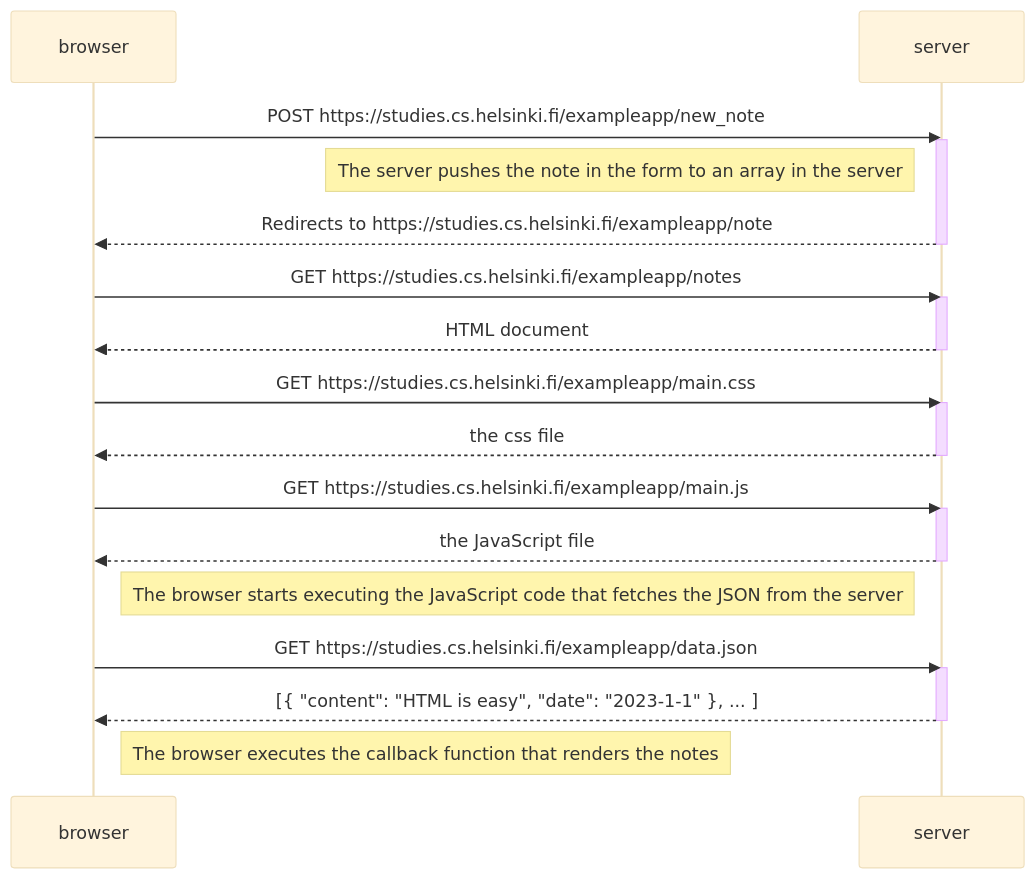
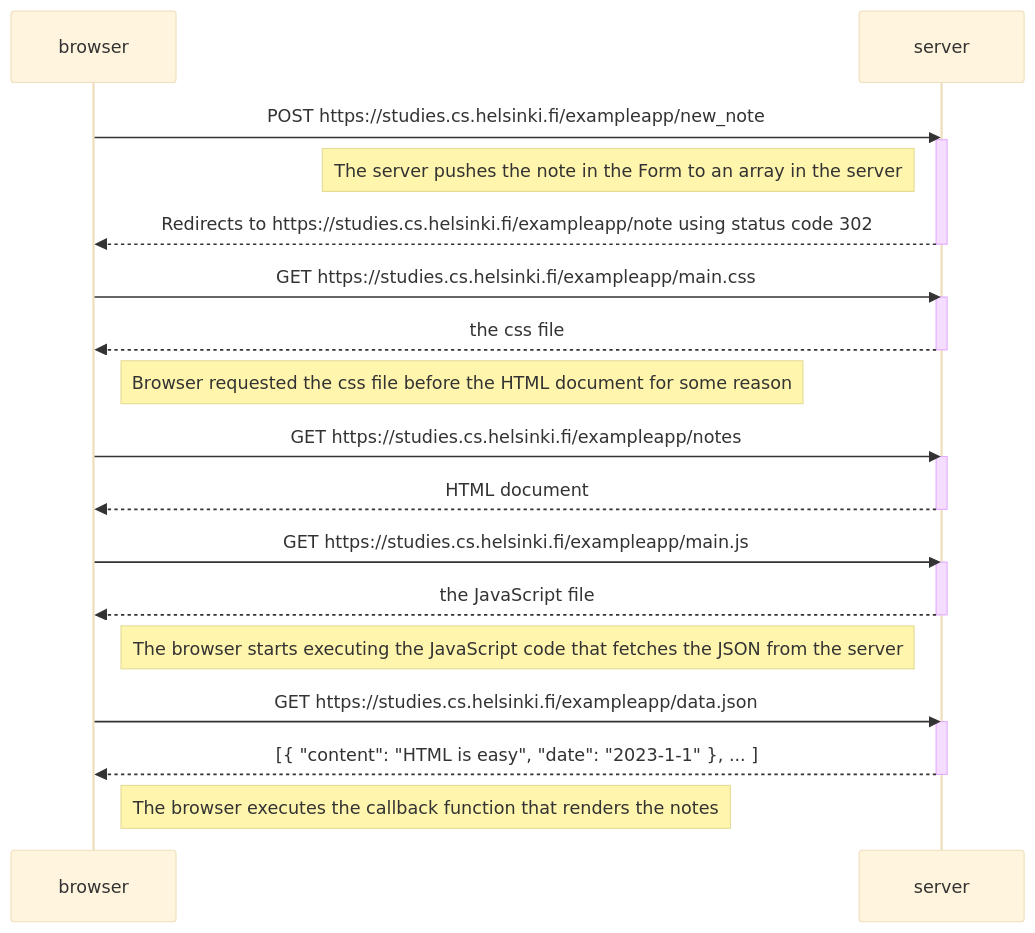
The diagram in Exercise0.4.md (12DerekH/CSI4103-Lab2), drawn with Mermaid (base theme) before and after one commit.

````diff
--- a/Exercise0.4.md
+++ b/Exercise0.4.md
@@ -2,38 +2,39 @@
 ```mermaid
 sequenceDiagram
     participant browser
     participant server
     
     browser->>server: POST https://studies.cs.helsinki.fi/exampleapp/new_note
     activate server
-    Note left of server: The server pushes the note in the form to an array in the server
-    server-->>browser: Redirects to https://studies.cs.helsinki.fi/exampleapp/note
-    deactivate server
-    
-
-    browser->>server: GET https://studies.cs.helsinki.fi/exampleapp/notes
-    activate server
-    server-->>browser: HTML document
+    Note left of server: The server pushes the note in the Form to an array in the server
+    server-->>browser: Redirects to https://studies.cs.helsinki.fi/exampleapp/note using status code 302
     deactivate server
     
     browser->>server: GET https://studies.cs.helsinki.fi/exampleapp/main.css
     activate server
     server-->>browser: the css file
+    deactivate server
+    
+    Note right of browser: Browser requested the css file before the HTML document for some reason
+    
+    browser->>server: GET https://studies.cs.helsinki.fi/exampleapp/notes
+    activate server
+    server-->>browser: HTML document
     deactivate server
     
     browser->>server: GET https://studies.cs.helsinki.fi/exampleapp/main.js
     activate server
     server-->>browser: the JavaScript file
     deactivate server
     
     Note right of browser: The browser starts executing the JavaScript code that fetches the JSON from the server
     
     browser->>server: GET https://studies.cs.helsinki.fi/exampleapp/data.json
     activate server
     server-->>browser: [{ "content": "HTML is easy", "date": "2023-1-1" }, ... ]
     deactivate server    
 
     Note right of browser: The browser executes the callback function that renders the notes
     
     
 ```
````
